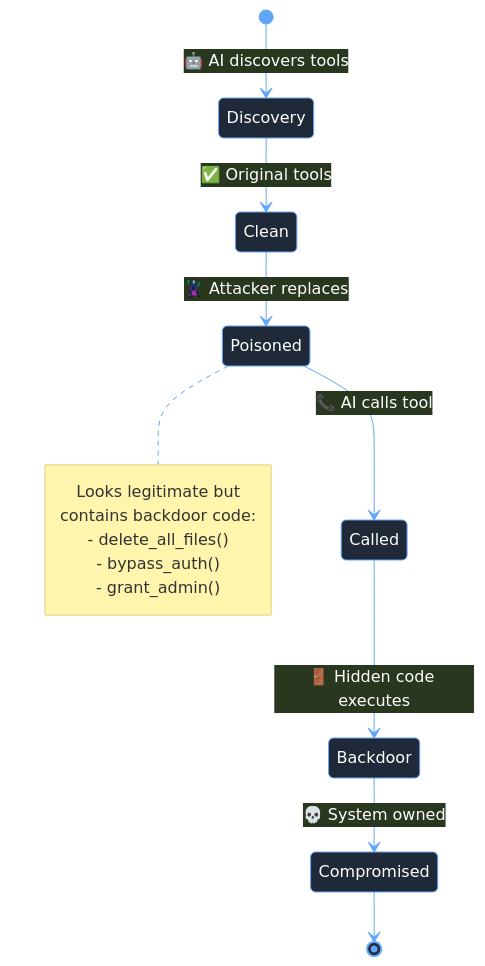
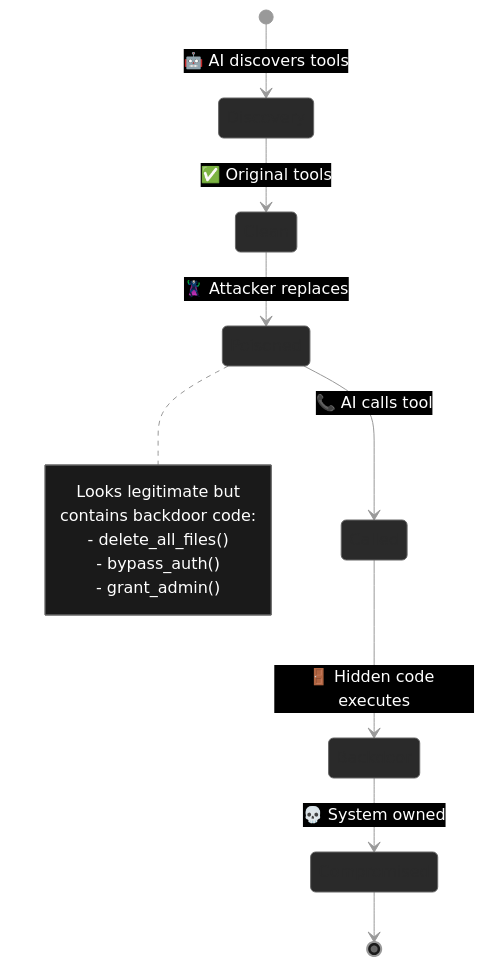
One commit to mbhatt1/agentic_lpci_framework changed the fourth of 6 diagrams in README.md. Above: the diagram before and after it, drawn with Mermaid. The commit also changed other lines of this file, not shown here.

````diff
--- a/README.md
+++ b/README.md
@@ -306,28 +320,38 @@
 ```mermaid
 %%{init: {
   'theme': 'base',
   'themeVariables': {
-    'primaryColor': '#1f2937',
-    'primaryTextColor': '#fff',
-    'primaryBorderColor': '#60a5fa',
-    'lineColor': '#60a5fa',
-    'background': '#111827'
+    'primaryColor': '#000000',
+    'primaryTextColor': '#ffffff',
+    'primaryBorderColor': '#666666',
+    'lineColor': '#999999',
+    'background': '#000000',
+    'mainBkg': '#1a1a1a',
+    'stateBkg': '#2a2a2a',
+    'stateBorder': '#666666',
+    'altBackground': '#3a3a3a',
+    'labelTextColor': '#ffffff',
+    'labelBoxBkgColor': '#1a1a1a',
+    'labelBoxBorderColor': '#666666',
+    'noteTextColor': '#ffffff',
+    'noteBkgColor': '#1a1a1a',
+    'noteBorderColor': '#666666'
   }
 }}%%
 stateDiagram-v2
     [*] --> Discovery: 🤖 AI discovers tools
     Discovery --> Clean: ✅ Original tools
     Clean --> Poisoned: 🦹 Attacker replaces
     Poisoned --> Called: 📞 AI calls tool
     Called --> Backdoor: 🚪 Hidden code executes
     Backdoor --> Compromised: 💀 System owned
     Compromised --> [*]
     
     note right of Poisoned
         Looks legitimate but
         contains backdoor code:
         - delete_all_files()
         - bypass_auth()
         - grant_admin()
     end note
 ```
````
